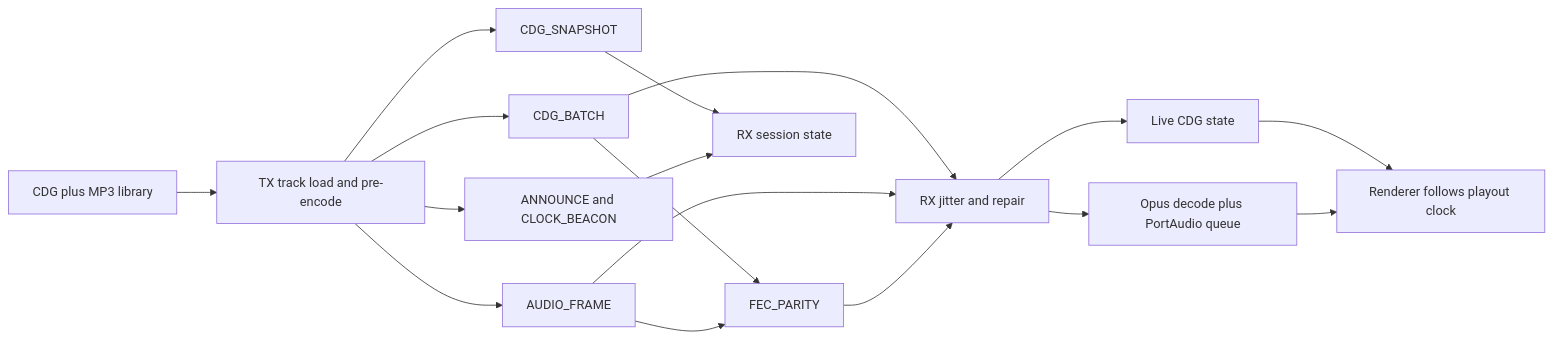
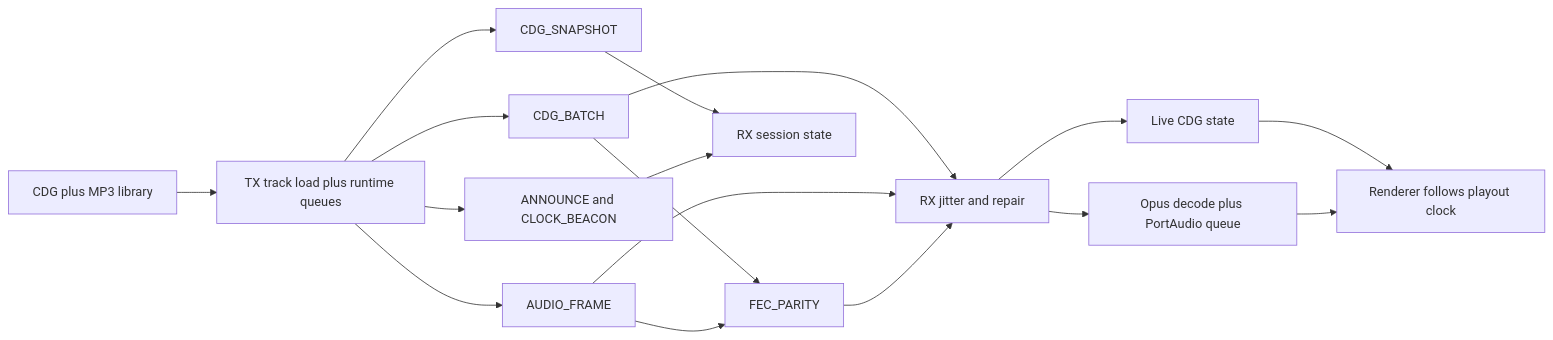
One commit to andrew867/dashcdg changed the diagram in README.md. Above: the diagram before and after it, drawn with Mermaid. The commit also changed other lines of this file and 1 other file, not shown here.

First line of the commit message:
docs: record threaded runtime validation status

````diff
--- a/README.md
+++ b/README.md
@@ -159,19 +159,19 @@
 ```mermaid
 flowchart LR
-    src[CDG plus MP3 library] --> txprep[TX track load and pre-encode]
+    src[CDG plus MP3 library] --> txprep[TX track load plus runtime queues]
     txprep --> ann[ANNOUNCE and CLOCK_BEACON]
     txprep --> ach[AUDIO_FRAME]
     txprep --> cb[CDG_BATCH]
     txprep --> snap[CDG_SNAPSHOT]
     ach --> fec[FEC_PARITY]
     cb --> fec
     ann --> rxstate[RX session state]
     snap --> rxstate
     fec --> rxjit[RX jitter and repair]
     ach --> rxjit
     cb --> rxjit
     rxjit --> rxaud[Opus decode plus PortAudio queue]
     rxjit --> rxcdg[Live CDG state]
     rxaud --> render[Renderer follows playout clock]
     rxcdg --> render
 ```
````
